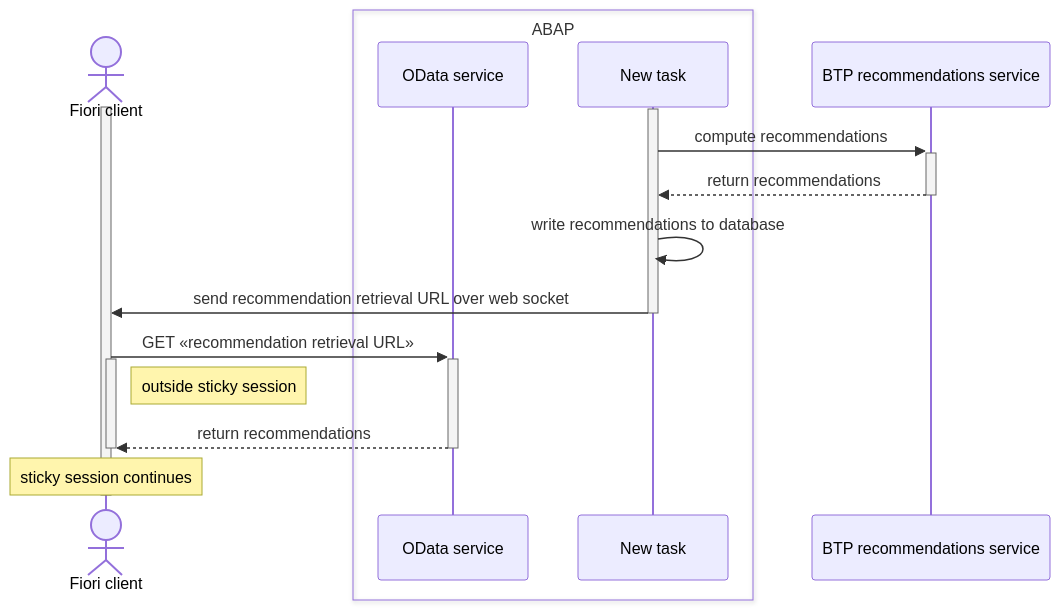
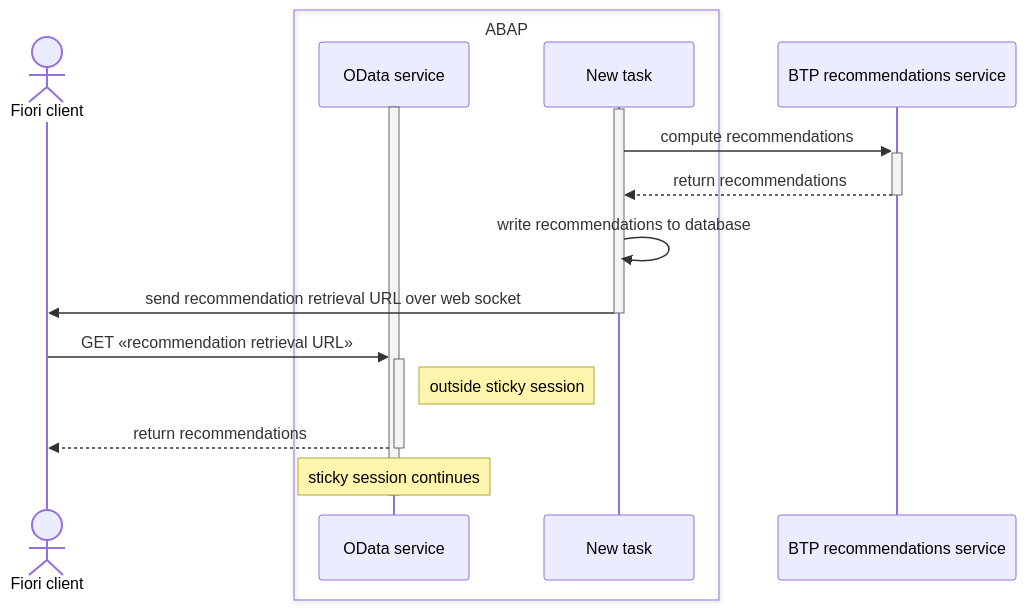
One commit to SAP/odata-vocabularies changed the second of 2 diagrams in docs/recommendations.md. Above: the diagram before and after it, drawn with Mermaid. The commit also changed other lines of this file, not shown here.

Commit message:
Sessions are on server, not client

````diff
--- a/docs/recommendations.md
+++ b/docs/recommendations.md
@@ -42,23 +40,21 @@
 ```mermaid
 sequenceDiagram
   actor client as Fiori client
   box ABAP
     participant server as OData service
     participant task as New task
   end
   participant AI as BTP recommendations service
-  activate client
+  activate server
   activate task
   task ->>+ AI: compute recommendations
   AI -->>- task: return recommendations
   task ->> task: write recommendations to database
   task ->> client: send recommendation retrieval URL over web socket
   deactivate task
   client ->>+ server: GET «recommendation retrieval URL»
-  activate client
-  note right of client: outside sticky session
+  note right of server: outside sticky session
   server -->>- client: return recommendations
-  deactivate client
-  note over client: sticky session continues
-  deactivate client
+  note over server: sticky session continues
+  deactivate server
 ```
````
